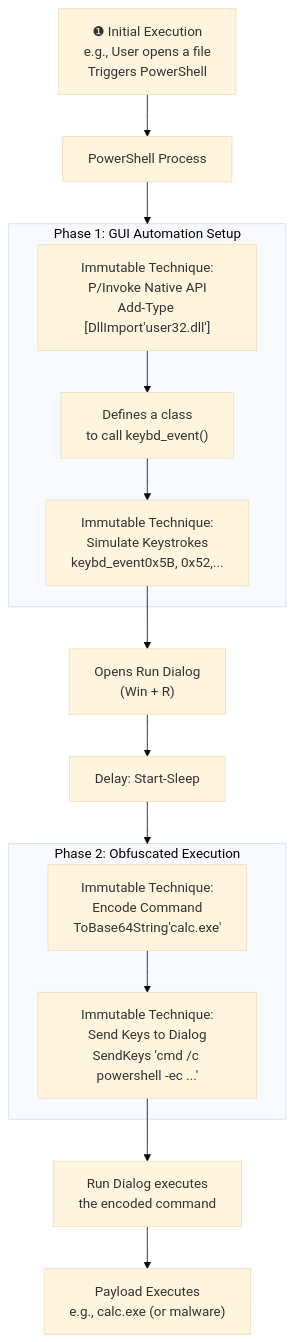
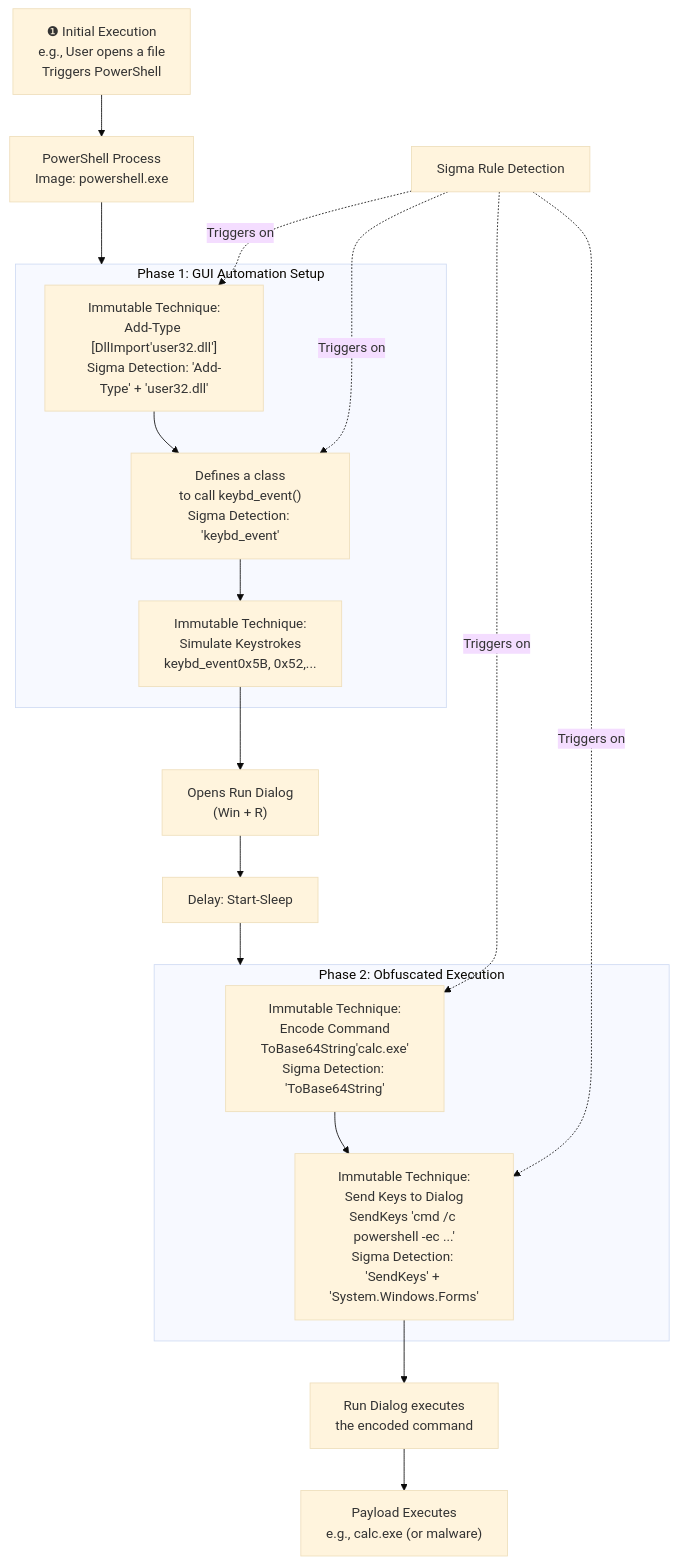
The diagram in Reports/Techniques/T1566.002.md (khaireddinechebbi/APTs-Detection-Framework), drawn with Mermaid (base theme) before and after one commit. The commit also changed other lines of this file and 6 other files, not shown here.

````diff
--- a/Reports/Techniques/T1566.002.md
+++ b/Reports/Techniques/T1566.002.md
@@ -17,21 +17,28 @@
 ```mermaid
 flowchart TD
-A["❶ Initial Execution<br>e.g., User opens a file<br>Triggers PowerShell"] --> B["PowerShell Process"];
+A["❶ Initial Execution<br>e.g., User opens a file<br>Triggers PowerShell"] --> B["PowerShell Process<br>Image: powershell.exe"];
 
 subgraph B1[Phase 1: GUI Automation Setup]
-    B2["Immutable Technique:<br>P/Invoke Native API<br>Add-Type [DllImport'user32.dll']"] --> B3["Defines a class<br>to call keybd_event()"];
-    B3 --> B4["Immutable Technique:<br>Simulate Keystrokes<br>keybd_event0x5B, 0x52,..."];
+    B2["Immutable Technique:<br>Add-Type [DllImport'user32.dll']<br>Sigma Detection: 'Add-Type' + 'user32.dll'"]
+    B2 --> B3["Defines a class<br>to call keybd_event()<br>Sigma Detection: 'keybd_event'"]
+    B3 --> B4["Immutable Technique:<br>Simulate Keystrokes<br>keybd_event0x5B, 0x52,..."]
 end
 
 B --> B1;
 B4 --> C["Opens Run Dialog<br>(Win + R)"];
 C --> D["Delay: Start-Sleep"];
 D --> E1;
 
 subgraph E1[Phase 2: Obfuscated Execution]
-    E2["Immutable Technique:<br>Encode Command<br>ToBase64String'calc.exe'"] --> E3["Immutable Technique:<br>Send Keys to Dialog<br>SendKeys 'cmd /c powershell -ec ...'"];
+    E2["Immutable Technique:<br>Encode Command<br>ToBase64String'calc.exe'<br>Sigma Detection: 'ToBase64String'"]
+    E2 --> E3["Immutable Technique:<br>Send Keys to Dialog<br>SendKeys 'cmd /c powershell -ec ...'<br>Sigma Detection: 'SendKeys' + 'System.Windows.Forms'"]
 end
 
 E3 --> F["Run Dialog executes<br>the encoded command"];
 F --> G["Payload Executes<br>e.g., calc.exe (or malware)"];
+
+H["Sigma Rule Detection"] -.->|Triggers on| B2
+H -.->|Triggers on| B3
+H -.->|Triggers on| E2
+H -.->|Triggers on| E3
 ```
````
